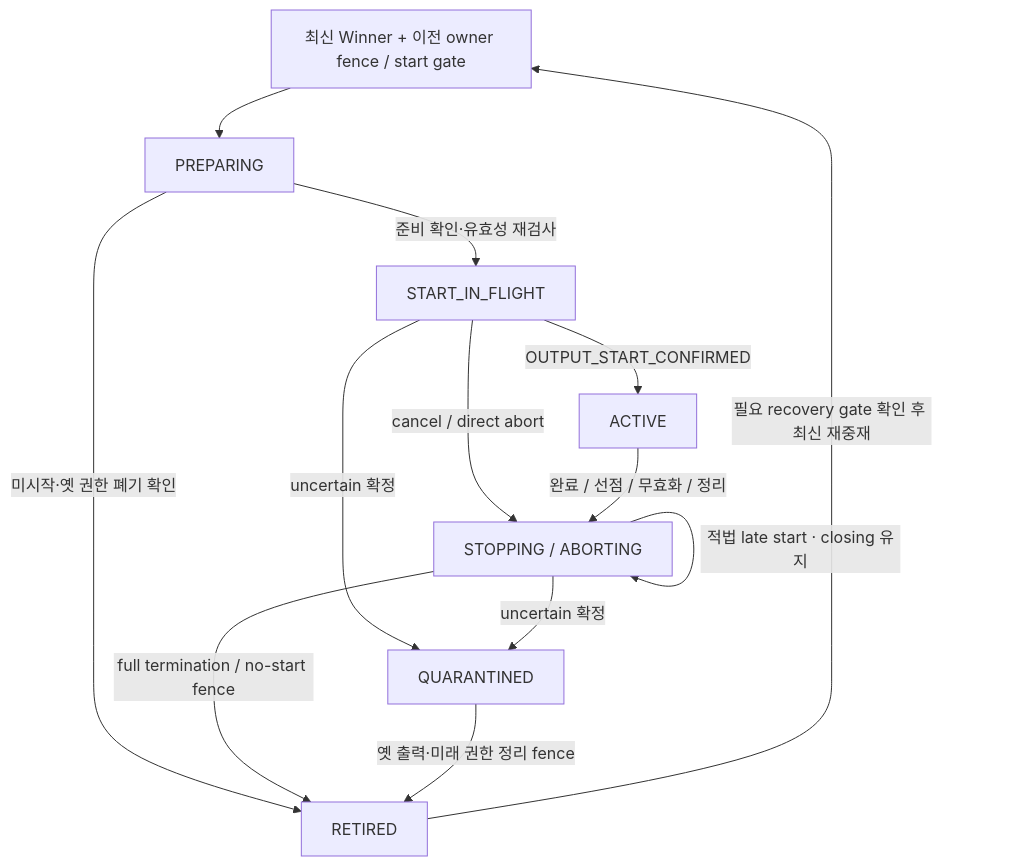
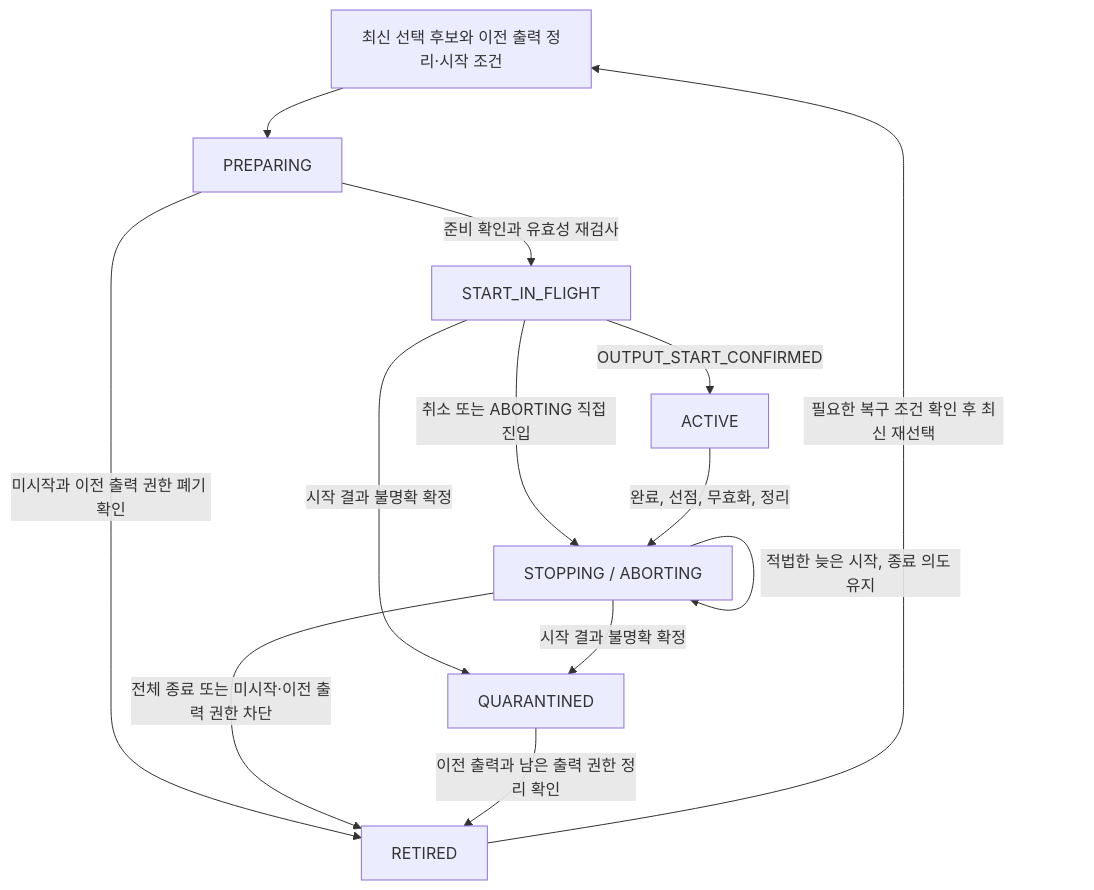
One commit to vehicle-domain-control-system/integrated-vehicle-control changed the fourth of 7 diagrams in docs/architecture/VSS_sw_architecture.md. Above: the diagram before and after it, drawn with Mermaid. The commit also changed other lines of this file and 1 other file, not shown here.

````diff
--- a/docs/architecture/VSS_sw_architecture.md
+++ b/docs/architecture/VSS_sw_architecture.md
@@ -191,15 +165,15 @@
 ```mermaid
 flowchart TD
-    Fresh["최신 Winner + 이전 owner fence / start gate"] --> Prepare["PREPARING"]
-    Prepare -->|"준비 확인·유효성 재검사"| InFlight["START_IN_FLIGHT"]
-    Prepare -->|"미시작·옛 권한 폐기 확인"| Retired["RETIRED"]
+    Fresh["최신 선택 후보와 이전 출력 정리·시작 조건"] --> Prepare["PREPARING"]
+    Prepare -->|"준비 확인과 유효성 재검사"| InFlight["START_IN_FLIGHT"]
+    Prepare -->|"미시작과 이전 출력 권한 폐기 확인"| Retired["RETIRED"]
     InFlight -->|"OUTPUT_START_CONFIRMED"| Active["ACTIVE"]
-    InFlight -->|"cancel / direct abort"| Closing["STOPPING / ABORTING"]
-    Active -->|"완료 / 선점 / 무효화 / 정리"| Closing
-    InFlight -->|"uncertain 확정"| Quarantine["QUARANTINED"]
-    Closing -->|"uncertain 확정"| Quarantine
-    Closing -->|"적법 late start · closing 유지"| Closing
-    Closing -->|"full termination / no-start fence"| Retired
-    Quarantine -->|"옛 출력·미래 권한 정리 fence"| Retired
-    Retired -->|"필요 recovery gate 확인 후 최신 재중재"| Fresh
+    InFlight -->|"취소 또는 ABORTING 직접 진입"| Closing["STOPPING / ABORTING"]
+    Active -->|"완료, 선점, 무효화, 정리"| Closing
+    InFlight -->|"시작 결과 불명확 확정"| Quarantine["QUARANTINED"]
+    Closing -->|"시작 결과 불명확 확정"| Quarantine
+    Closing -->|"적법한 늦은 시작, 종료 의도 유지"| Closing
+    Closing -->|"전체 종료 또는 미시작·이전 출력 권한 차단"| Retired
+    Quarantine -->|"이전 출력과 남은 출력 권한 정리 확인"| Retired
+    Retired -->|"필요한 복구 조건 확인 후 최신 재선택"| Fresh
 ```
````
